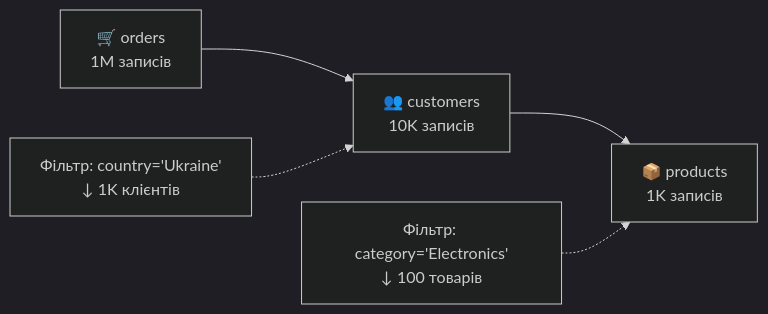
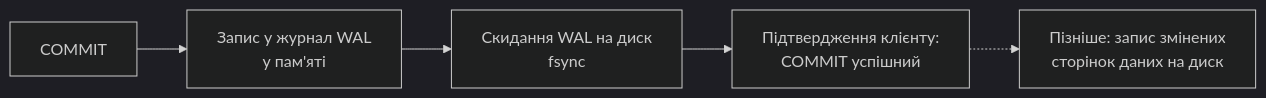
The second of 9 diagrams in presentations/presentation-08.md (olroi421/course-bd), drawn with Mermaid (dark theme) before and after one commit. The commit also changed other lines of this file and 10 other files, not shown here.

````diff
--- a/presentations/presentation-08.md
+++ b/presentations/presentation-08.md
@@ -119,8 +268,7 @@
 ```mermaid
 graph LR
-    A[🛒 orders<br/>1M записів] --> B[👥 customers<br/>10K записів]
-    B --> C[📦 products<br/>1K записів]
-
-    D[Фільтр: country='Ukraine'<br/>↓ 1K клієнтів] -.-> B
-    E[Фільтр: category='Electronics'<br/>↓ 100 товарів] -.-> C
+    A["COMMIT"] --> B["Запис у журнал WAL<br/>у пам'яті"]
+    B --> C["Скидання WAL на диск<br/>fsync"]
+    C --> D["Підтвердження клієнту:<br/>COMMIT успішний"]
+    D -.-> E["Пізніше: запис змінених<br/>сторінок даних на диск"]
 ```
````
